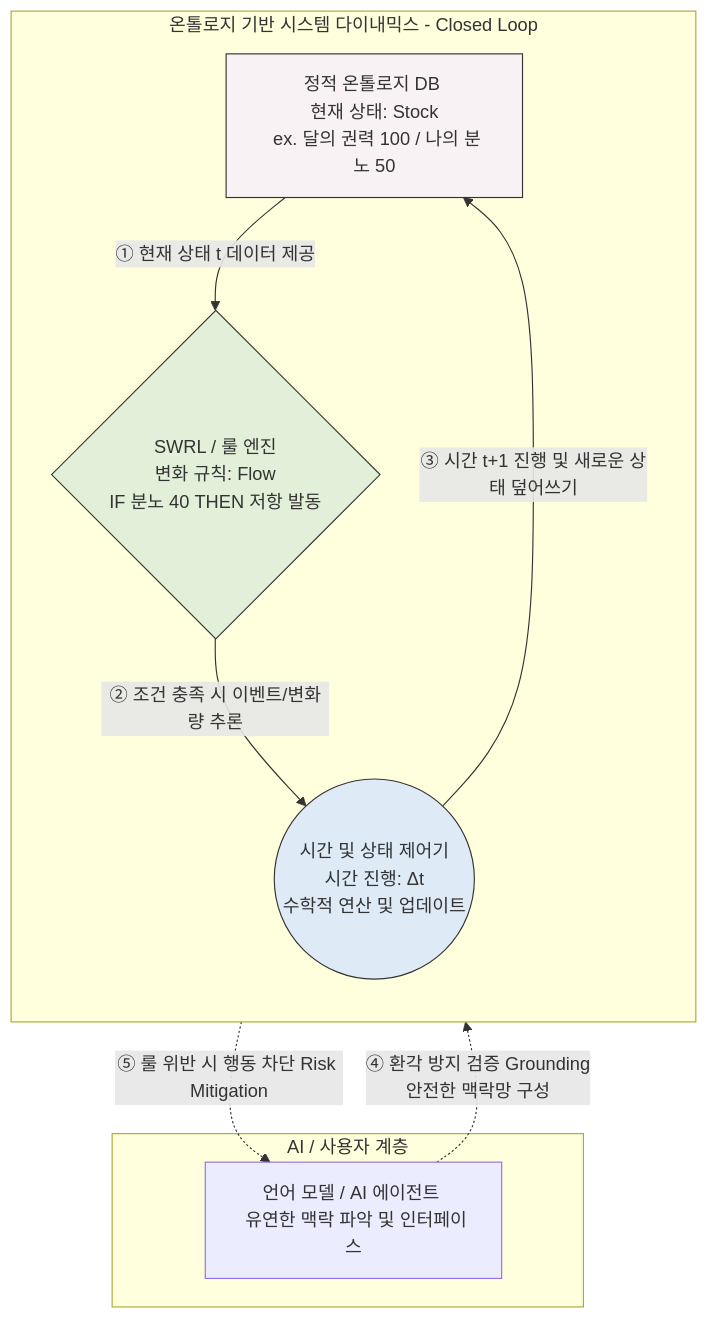
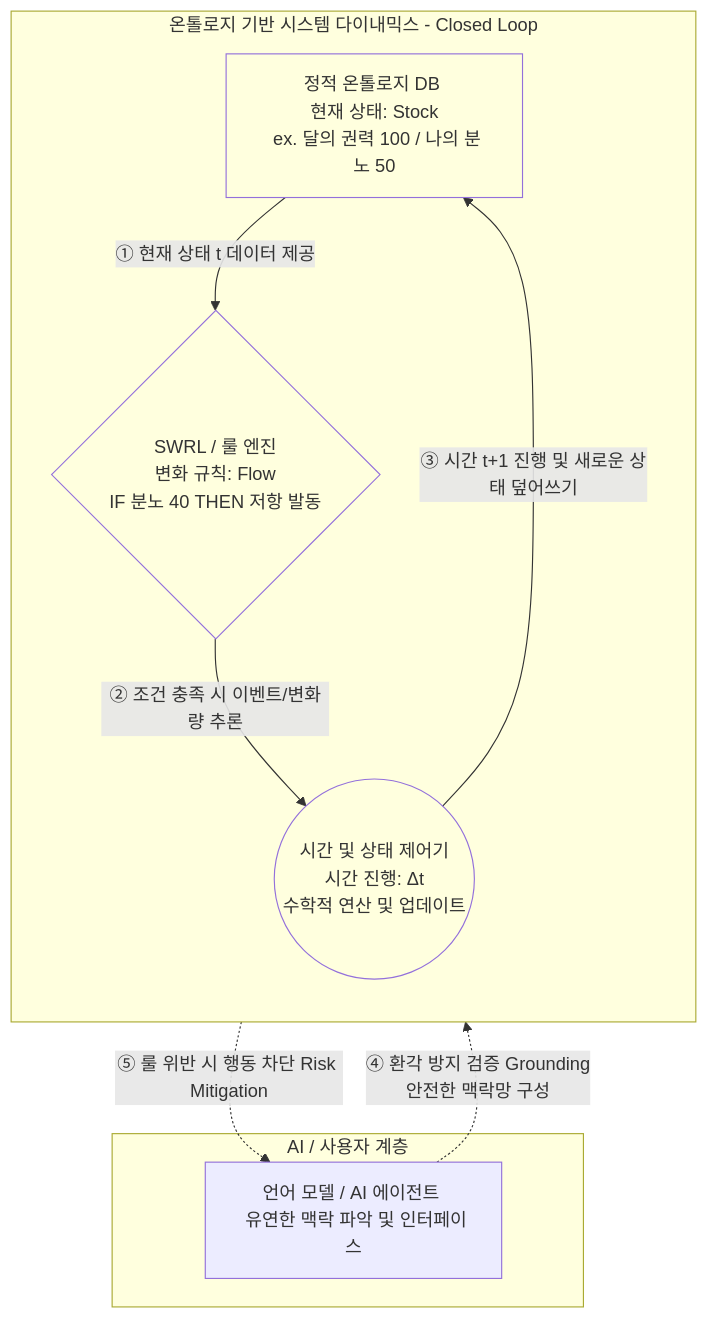
The first of 3 diagrams in index.md (hamnYK/eduContextOn), drawn with Mermaid before and after one commit. The commit also changed other lines of this file and 1 other file, not shown here.

```diff
--- a/index.md
+++ b/index.md
@@ -24,26 +24,26 @@
       <div class="mermaid">
 graph TD
     subgraph Integrated_SD_System [온톨로지 기반 시스템 다이내믹스 - Closed Loop]
         direction TB
         
         Ontology[정적 온톨로지 DB <br> 현재 상태: Stock <br> ex. 달의 권력 100 / 나의 분노 50]
         RuleEngine{SWRL / 룰 엔진 <br> 변화 규칙: Flow <br> IF 분노 40 THEN 저항 발동}
         TimeController((시간 및 상태 제어기 <br> 시간 진행: Δt <br> 수학적 연산 및 업데이트))
         
         Ontology -- ① 현재 상태 t 데이터 제공 --> RuleEngine
         RuleEngine -- ② 조건 충족 시 이벤트/변화량 추론 --> TimeController
         TimeController -- ③ 시간 t+1 진행 및 새로운 상태 덮어쓰기 --> Ontology
     end
 
     subgraph LLM_Interface [AI / 사용자 계층]
         LLM[언어 모델 / AI 에이전트 <br> 유연한 맥락 파악 및 인터페이스]
     end
 
     %% Guardrail Connection
     LLM -.->|④ 환각 방지 검증 Grounding <br> 안전한 맥락망 구성| Ontology
     TimeController -.->|⑤ 룰 위반 시 행동 차단 Risk Mitigation| LLM
 
-    style Ontology fill:#f9f2f4,stroke:#333,stroke-width:1px
-    style RuleEngine fill:#e2f0d9,stroke:#333,stroke-width:1px
-    style TimeController fill:#deebf7,stroke:#333,stroke-width:1px
+    style Ontology fill:none
+    style RuleEngine fill:none
+    style TimeController fill:none
       </div>
```
